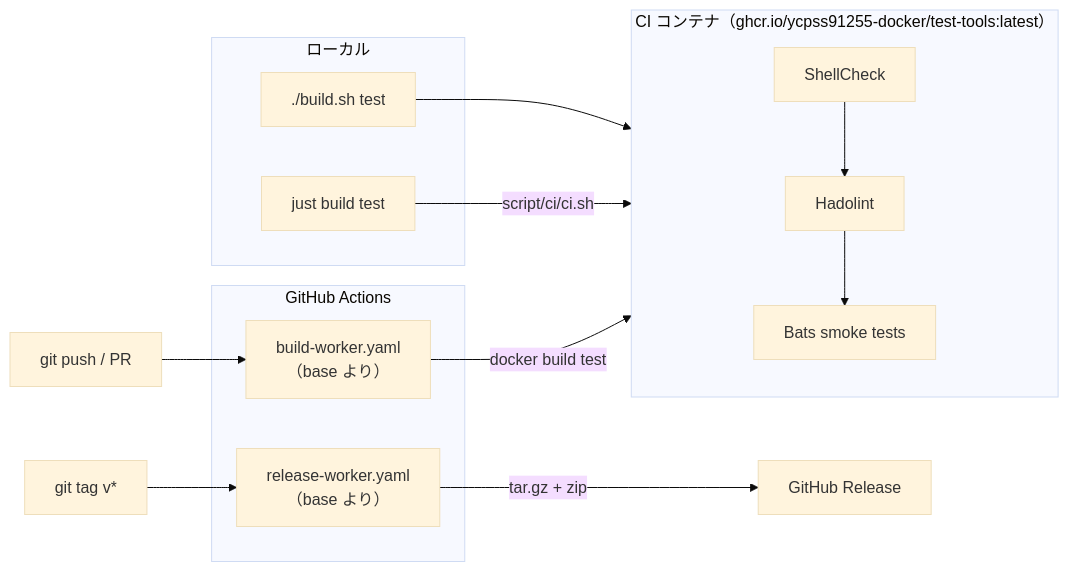
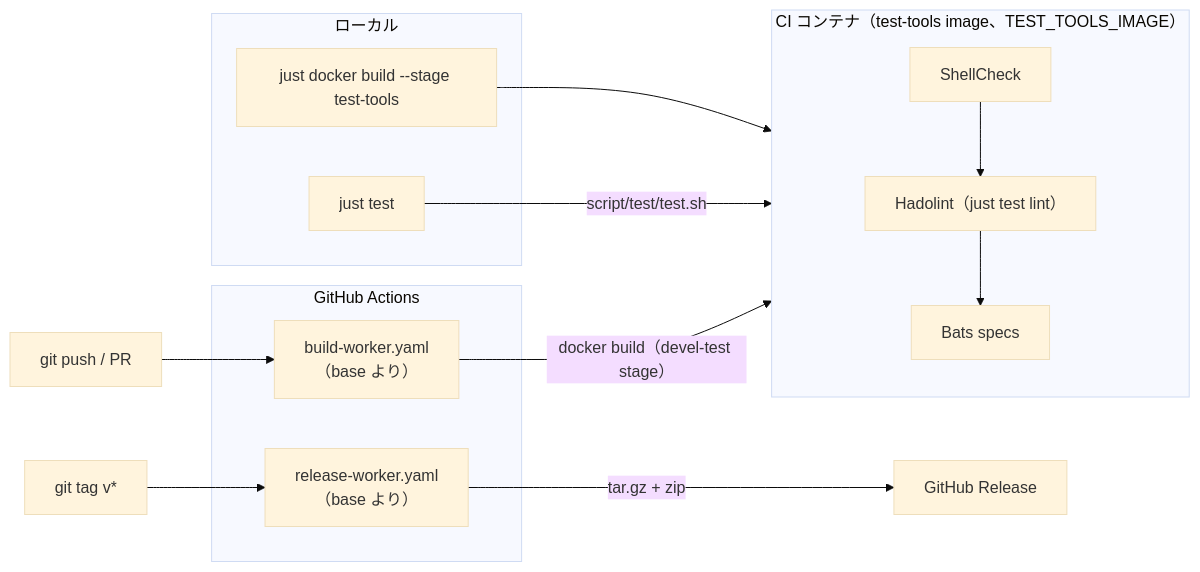
One commit to ycpss91255-docker/isaac changed the second of 2 diagrams in .base/doc/readme/README.ja.md. Above: the diagram before and after it, drawn with Mermaid (base theme). The commit also changed other lines of this file and 411 other files, not shown here.

````diff
--- a/.base/doc/readme/README.ja.md
+++ b/.base/doc/readme/README.ja.md
@@ -81,27 +113,27 @@
 ```mermaid
 flowchart LR
     subgraph local["ローカル"]
-        build_test["./build.sh test"]
-        make_test["just build test"]
+        just_test["just test"]
+        just_build["just docker build --stage test-tools"]
     end
 
-    subgraph ci_container["CI コンテナ（ghcr.io/ycpss91255-docker/test-tools:latest）"]
+    subgraph ci_container["CI コンテナ（test-tools image、TEST_TOOLS_IMAGE）"]
         shellcheck["ShellCheck"]
-        hadolint["Hadolint"]
-        bats["Bats smoke tests"]
+        hadolint["Hadolint（just test lint）"]
+        bats["Bats specs"]
     end
 
     subgraph github["GitHub Actions"]
         build_worker["build-worker.yaml<br/>（base より）"]
         release_worker["release-worker.yaml<br/>（base より）"]
     end
 
-    build_test --> ci_container
-    make_test -->|"script/ci/ci.sh"| ci_container
+    just_build --> ci_container
+    just_test -->|"script/test/test.sh"| ci_container
     shellcheck --> hadolint --> bats
 
     push["git push / PR"] --> build_worker
-    build_worker -->|"docker build test"| ci_container
+    build_worker -->|"docker build（devel-test stage）"| ci_container
     tag["git tag v*"] --> release_worker
     release_worker -->|"tar.gz + zip"| release["GitHub Release"]
 ```
````
